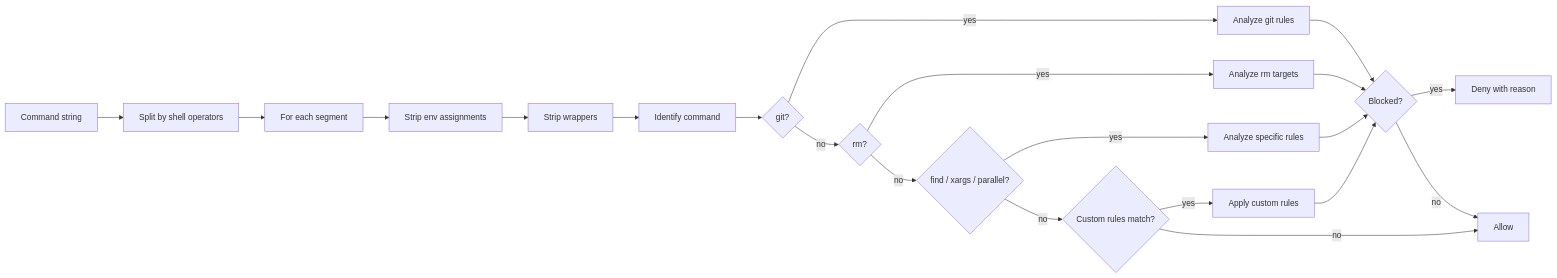
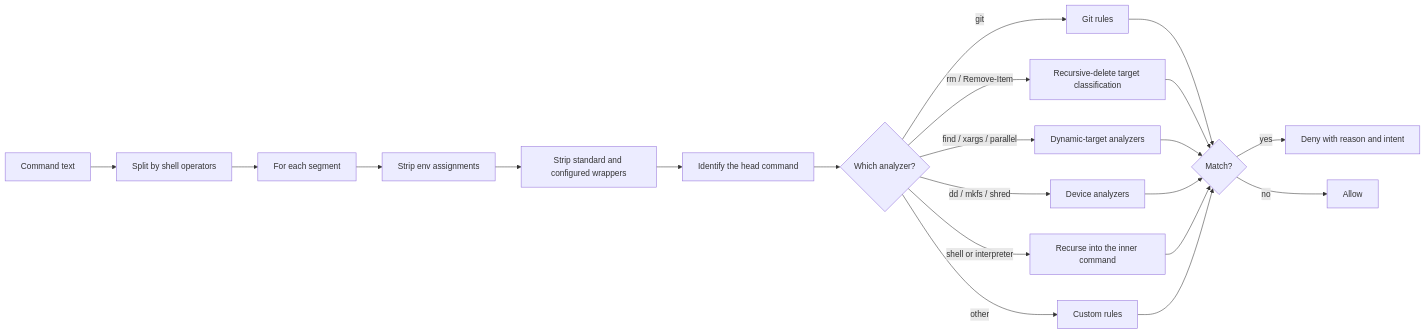
The second of 2 diagrams in guides/architecture.mdx (kenryu42/cc-safety-net-docs), drawn with Mermaid before and after one commit. The commit also changed other lines of this file and 27 other files, not shown here.

````diff
--- a/guides/architecture.mdx
+++ b/guides/architecture.mdx
@@ -80,23 +108,23 @@
 ```mermaid
 graph LR
-    Input["Command string"] --> Split["Split by shell operators"]
+    Input["Command text"] --> Split["Split by shell operators"]
     Split --> Seg["For each segment"]
     Seg --> StripEnv["Strip env assignments"]
-    StripEnv --> StripWrap["Strip wrappers"]
-    StripWrap --> Identify["Identify command"]
-    Identify --> Git{"git?"}
-    Git -->|yes| GitAnalyze["Analyze git rules"]
-    Git -->|no| Rm{"rm?"}
-    Rm -->|yes| RmAnalyze["Analyze rm targets"]
-    Rm -->|no| Other{"find / xargs / parallel?"}
-    Other -->|yes| OtherAnalyze["Analyze specific rules"]
-    Other -->|no| Custom{"Custom rules match?"}
-    Custom -->|yes| CustomAnalyze["Apply custom rules"]
-    Custom -->|no| Allow["Allow"]
-    GitAnalyze --> Blocked{"Blocked?"}
+    StripEnv --> StripWrap["Strip standard and configured wrappers"]
+    StripWrap --> Identify["Identify the head command"]
+    Identify --> Dispatch{"Which analyzer?"}
+    Dispatch -->|git| GitAnalyze["Git rules"]
+    Dispatch -->|rm / Remove-Item| RmAnalyze["Recursive-delete target classification"]
+    Dispatch -->|find / xargs / parallel| OtherAnalyze["Dynamic-target analyzers"]
+    Dispatch -->|dd / mkfs / shred| DeviceAnalyze["Device analyzers"]
+    Dispatch -->|shell or interpreter| Recurse["Recurse into the inner command"]
+    Dispatch -->|other| Custom["Custom rules"]
+    GitAnalyze --> Blocked{"Match?"}
     RmAnalyze --> Blocked
     OtherAnalyze --> Blocked
-    CustomAnalyze --> Blocked
-    Blocked -->|yes| Deny["Deny with reason"]
-    Blocked -->|no| Allow
+    DeviceAnalyze --> Blocked
+    Recurse --> Blocked
+    Custom --> Blocked
+    Blocked -->|yes| Deny["Deny with reason and intent"]
+    Blocked -->|no| Allow["Allow"]
 ```
````
